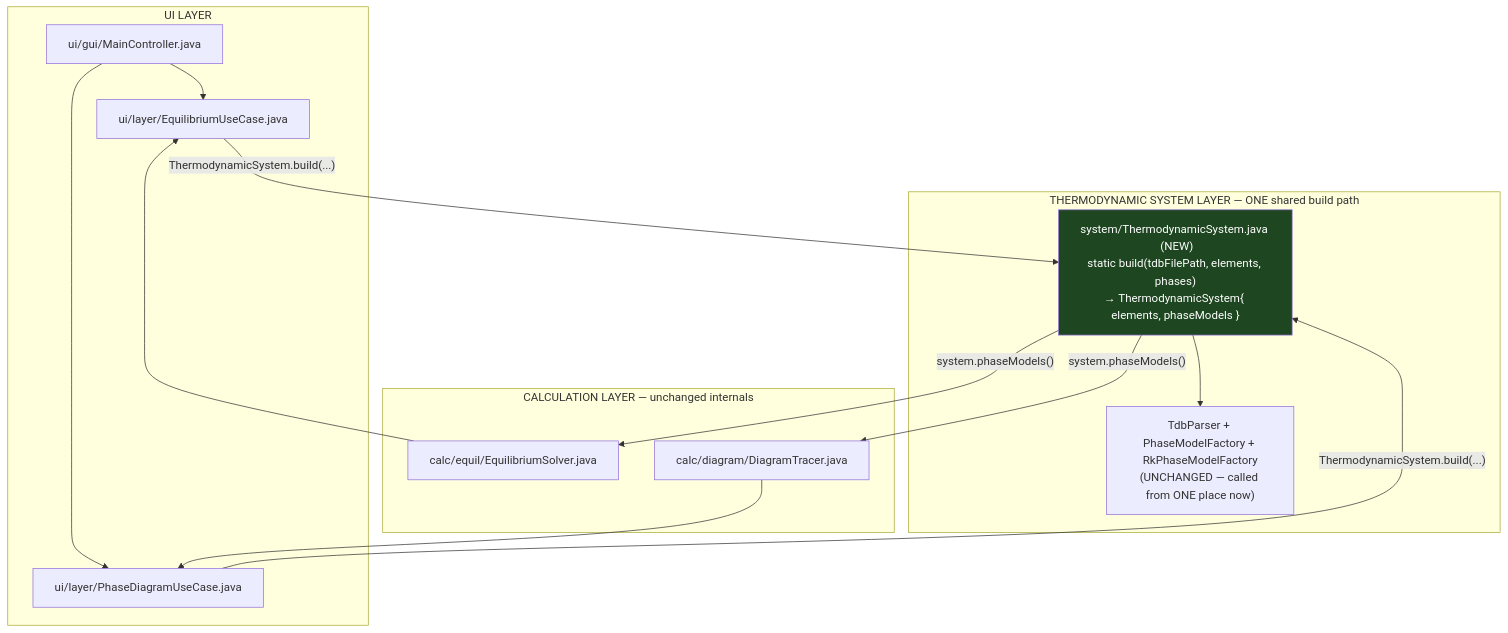
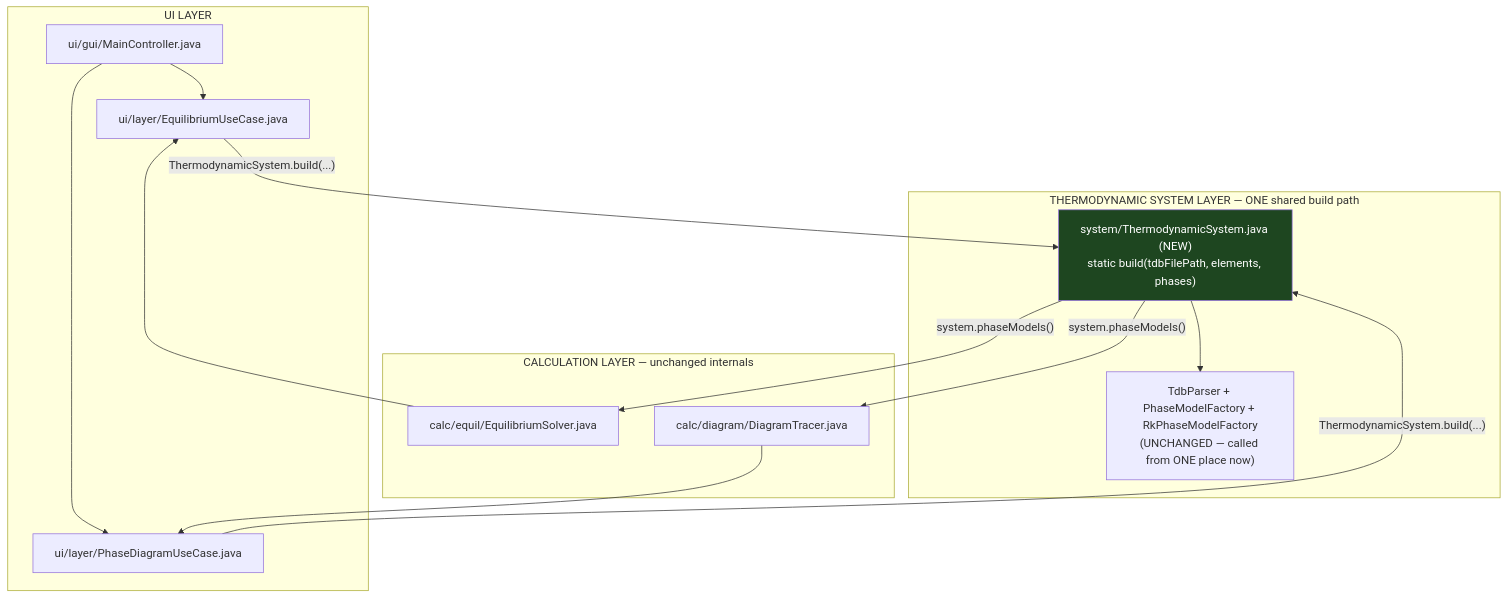
The first of 2 diagrams in docs/plan-3layer-core-dataflow.md (vijindal/expcvm10), drawn with Mermaid before and after one commit. The commit also changed other lines of this file, not shown here.

````diff
--- a/docs/plan-3layer-core-dataflow.md
+++ b/docs/plan-3layer-core-dataflow.md
@@ -125,30 +84,26 @@
 ```mermaid
 flowchart TB
     subgraph UI["UI LAYER"]
         GUI2["ui/gui/MainController.java"]
         UC1b["ui/layer/EquilibriumUseCase.java"]
         UC2b["ui/layer/PhaseDiagramUseCase.java"]
     end
-
     subgraph SYS2["THERMODYNAMIC SYSTEM LAYER — ONE shared build path"]
-        NEWCLASS["system/ThermodynamicSystem.java  (NEW)<br/>static build(tdbFilePath, elements, phases)<br/>→ ThermodynamicSystem{ elements, phaseModels }"]
+        NEWCLASS["system/ThermodynamicSystem.java (NEW)<br/>static build(tdbFilePath, elements, phases)"]
         TDB2["TdbParser + PhaseModelFactory + RkPhaseModelFactory<br/>(UNCHANGED — called from ONE place now)"]
     end
-
     subgraph CALC2["CALCULATION LAYER — unchanged internals"]
         SOLVER2["calc/equil/EquilibriumSolver.java"]
         TRACER2["calc/diagram/DiagramTracer.java"]
     end
-
     GUI2 --> UC1b
     GUI2 --> UC2b
     UC1b -->|"ThermodynamicSystem.build(...)"| NEWCLASS
     UC2b -->|"ThermodynamicSystem.build(...)"| NEWCLASS
     NEWCLASS --> TDB2
     NEWCLASS -->|"system.phaseModels()"| SOLVER2
     NEWCLASS -->|"system.phaseModels()"| TRACER2
     SOLVER2 --> UC1b
     TRACER2 --> UC2b
-
     style NEWCLASS fill:#1e4620,color:#fff
 ```
````
